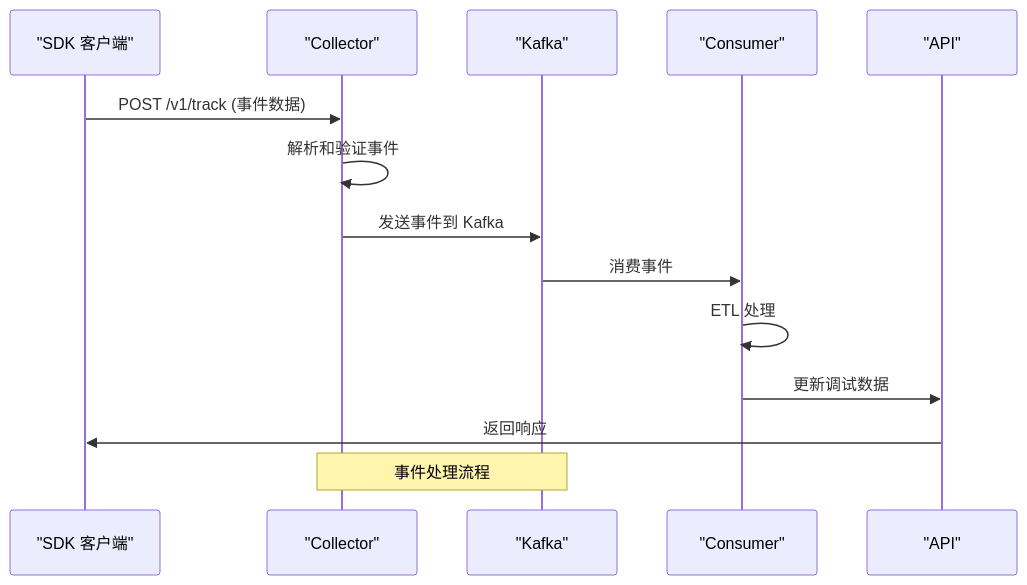
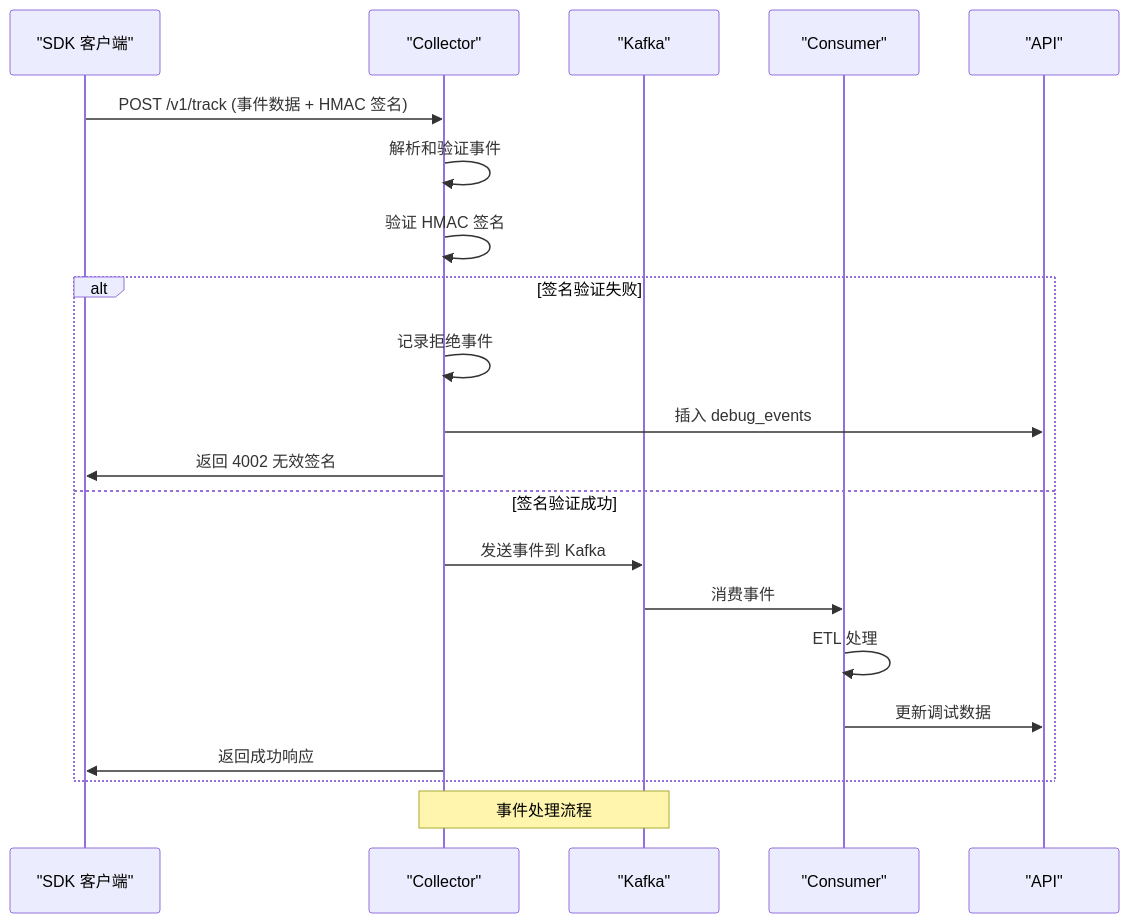
Before and after one commit to zhen-zhong/AeroLog: the fifth of 15 diagrams in .qoder/repowiki/zh/content/监控与可观测性/调试器系统.md, drawn with Mermaid. The commit also changed other lines of this file and 130 other files, not shown here.

````diff
--- a/.qoder/repowiki/zh/content/监控与可观测性/调试器系统.md
+++ b/.qoder/repowiki/zh/content/监控与可观测性/调试器系统.md
@@ -317,16 +360,23 @@
 ```mermaid
 sequenceDiagram
 participant SDK as "SDK 客户端"
 participant COL as "Collector"
 participant KAFKA as "Kafka"
 participant CON as "Consumer"
 participant API as "API"
-SDK->>COL : POST /v1/track (事件数据)
+SDK->>COL : POST /v1/track (事件数据 + HMAC 签名)
 COL->>COL : 解析和验证事件
+COL->>COL : 验证 HMAC 签名
+alt 签名验证失败
+COL->>COL : 记录拒绝事件
+COL->>API : 插入 debug_events
+COL->>SDK : 返回 4002 无效签名
+else 签名验证成功
 COL->>KAFKA : 发送事件到 Kafka
 KAFKA->>CON : 消费事件
 CON->>CON : ETL 处理
 CON->>API : 更新调试数据
-API->>SDK : 返回响应
+COL->>SDK : 返回成功响应
+end
 Note over COL,KAFKA : 事件处理流程
 ```
````
